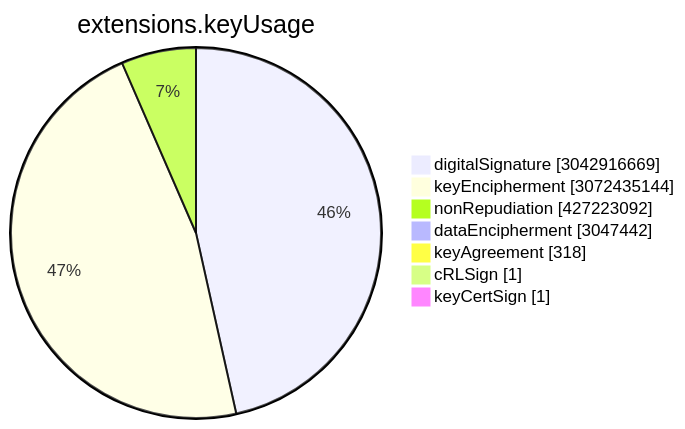
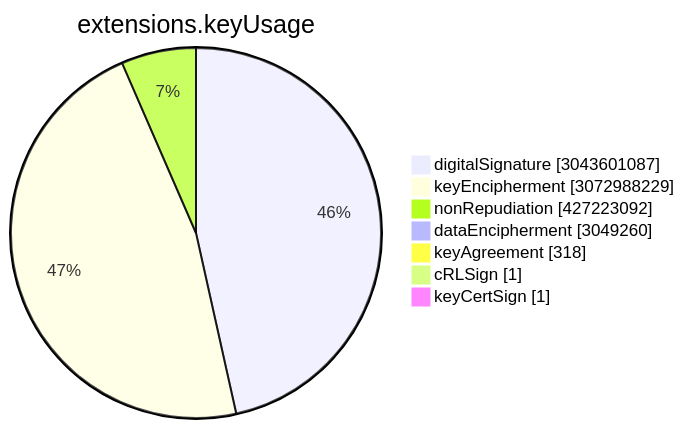
Before and after one commit to christiankrug/ctmonitor_visualization: the sixth of 15 diagrams in TOTAL/README.md, drawn with Mermaid. The commit also changed other lines of this file, not shown here.

````diff
--- a/TOTAL/README.md
+++ b/TOTAL/README.md
@@ -3075,11 +3075,11 @@
 ```mermaid
 pie showData
 title extensions.keyUsage
-"digitalSignature" :3042916669
-"keyEncipherment" :3072435144
+"digitalSignature" :3043601087
+"keyEncipherment" :3072988229
 "nonRepudiation" :427223092
-"dataEncipherment" :3047442
+"dataEncipherment" :3049260
 "keyAgreement" :318
 "cRLSign" :1
 "keyCertSign" :1
 ```
````
